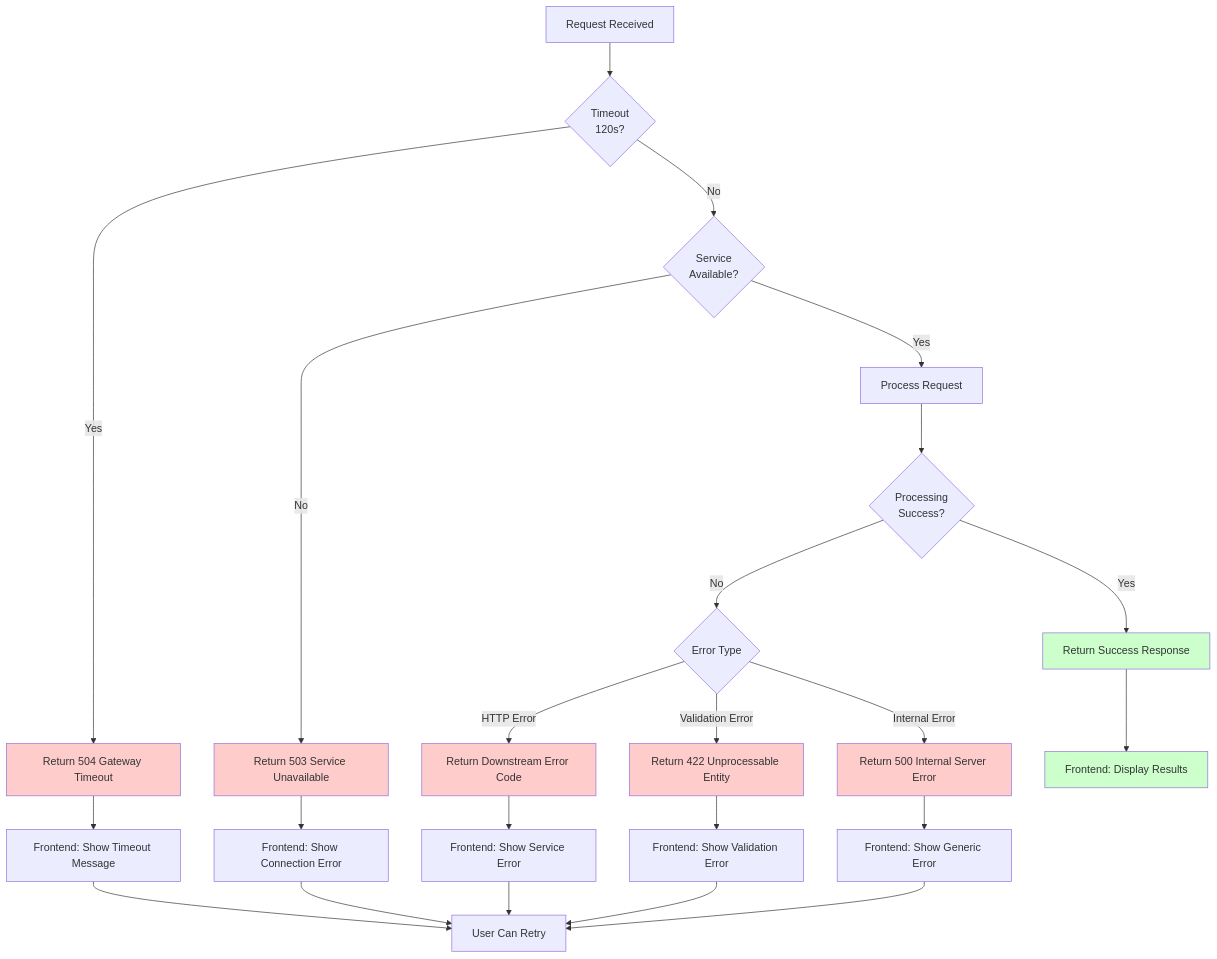
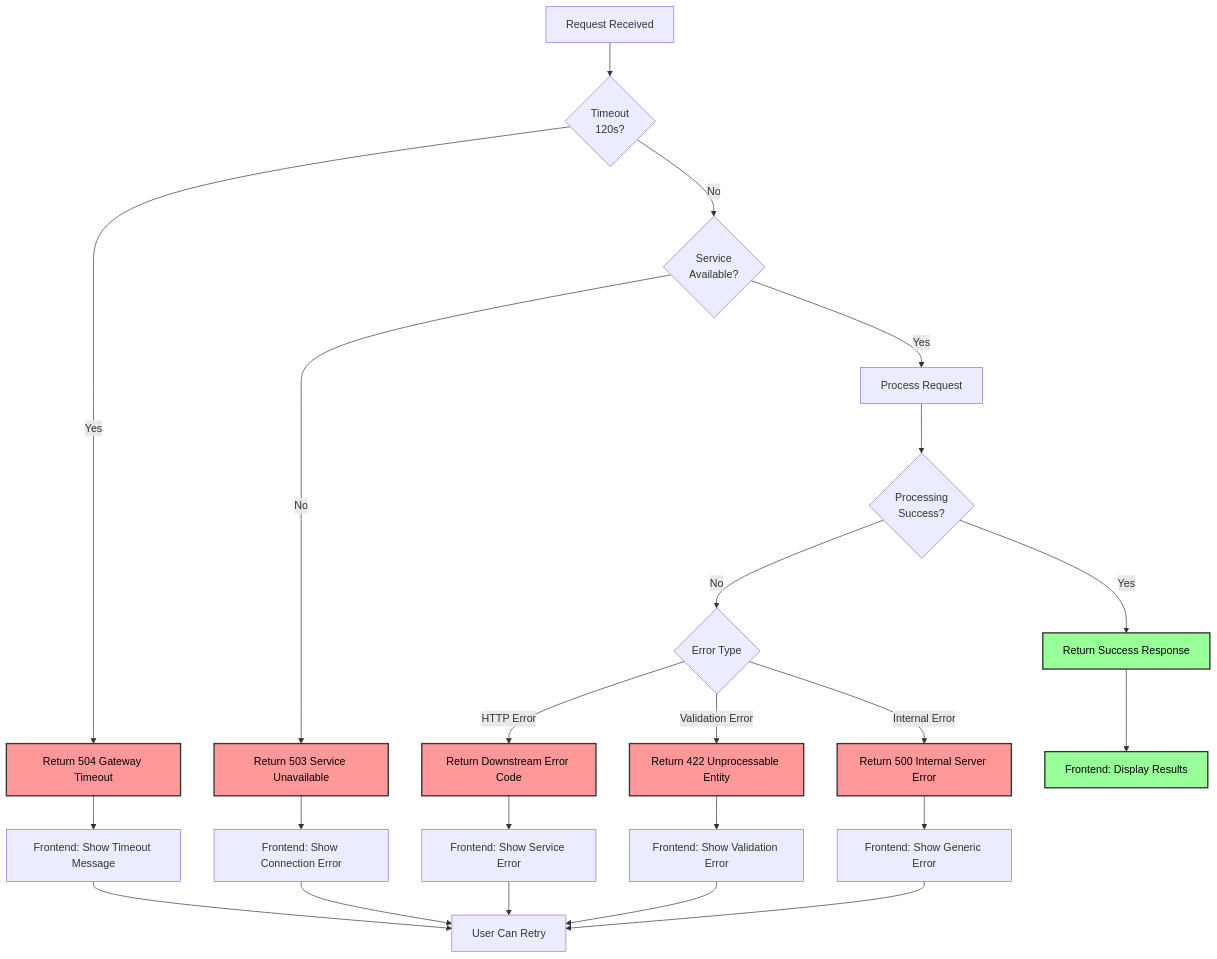
The fourth of 4 diagrams in README.md (ansar-a17/se_project), drawn with Mermaid before and after one commit. The commit also changed other lines of this file, not shown here.

Commit message:
updated mermaid diagrams

````diff
--- a/README.md
+++ b/README.md
@@ -376,39 +376,39 @@
 ```mermaid
 graph TD
     A[Request Received] --> B{Timeout<br/>120s?}
     B -->|Yes| C[Return 504 Gateway Timeout]
     B -->|No| D{Service<br/>Available?}
     
     D -->|No| E[Return 503 Service Unavailable]
     D -->|Yes| F[Process Request]
     
     F --> G{Processing<br/>Success?}
     G -->|No| H{Error Type}
     
     H -->|HTTP Error| I[Return Downstream Error Code]
     H -->|Validation Error| J[Return 422 Unprocessable Entity]
     H -->|Internal Error| K[Return 500 Internal Server Error]
     
     G -->|Yes| L[Return Success Response]
     
     C --> M[Frontend: Show Timeout Message]
     E --> N[Frontend: Show Connection Error]
     I --> O[Frontend: Show Service Error]
     J --> P[Frontend: Show Validation Error]
     K --> Q[Frontend: Show Generic Error]
     L --> R[Frontend: Display Results]
     
     M --> S[User Can Retry]
     N --> S
     O --> S
     P --> S
     Q --> S
     
-    style C fill:#ffcccc
-    style E fill:#ffcccc
-    style I fill:#ffcccc
-    style J fill:#ffcccc
-    style K fill:#ffcccc
-    style L fill:#ccffcc
-    style R fill:#ccffcc
+    style C fill:#ff9999,stroke:#333,stroke-width:2px,color:#000
+    style E fill:#ff9999,stroke:#333,stroke-width:2px,color:#000
+    style I fill:#ff9999,stroke:#333,stroke-width:2px,color:#000
+    style J fill:#ff9999,stroke:#333,stroke-width:2px,color:#000
+    style K fill:#ff9999,stroke:#333,stroke-width:2px,color:#000
+    style L fill:#99ff99,stroke:#333,stroke-width:2px,color:#000
+    style R fill:#99ff99,stroke:#333,stroke-width:2px,color:#000
 ```
````
